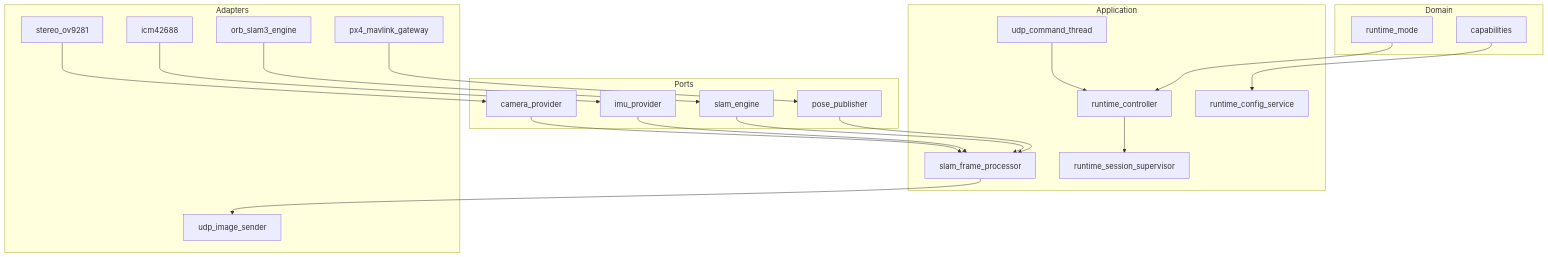
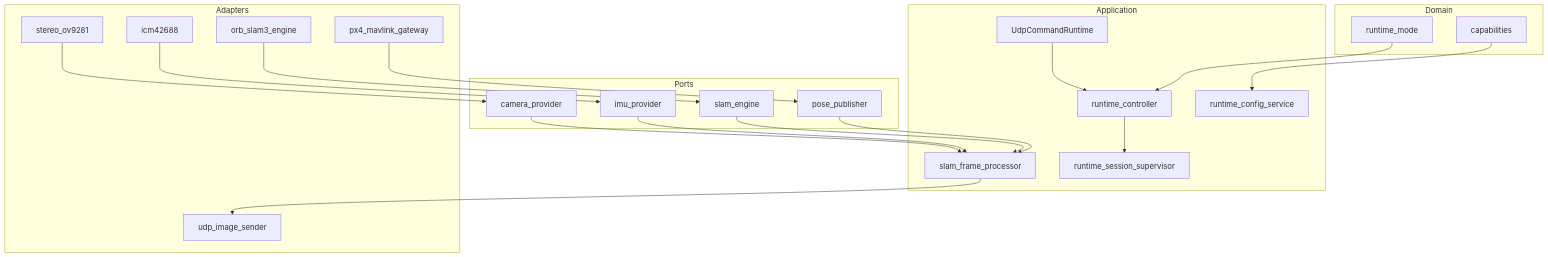
Before and after one commit to litingzhang/SmartDrone: the second of 6 diagrams in docs/architecture.md, drawn with Mermaid. The commit also changed other lines of this file and 153 other files, not shown here.

````diff
--- a/docs/architecture.md
+++ b/docs/architecture.md
@@ -421,44 +419,44 @@
 ```mermaid
 flowchart TB
     subgraph Domain
       D1[runtime_mode]
       D2[capabilities]
     end
 
     subgraph Ports
       P1[camera_provider]
       P2[imu_provider]
       P3[slam_engine]
       P4[pose_publisher]
     end
 
     subgraph Application
       A1[runtime_controller]
       A2[runtime_session_supervisor]
-      A3[udp_command_thread]
+      A3[UdpCommandRuntime]
       A4[slam_frame_processor]
       A5[runtime_config_service]
     end
 
     subgraph Adapters
       AD1[stereo_ov9281]
       AD2[icm42688]
       AD3[orb_slam3_engine]
       AD4[px4_mavlink_gateway]
       AD5[udp_image_sender]
     end
 
     D1 --> A1
     D2 --> A5
     P1 --> A4
     P2 --> A4
     P3 --> A4
     P4 --> A4
     A1 --> A2
     A3 --> A1
     A4 --> AD5
     AD1 --> P1
     AD2 --> P2
     AD3 --> P3
     AD4 --> P4
 ```
````
